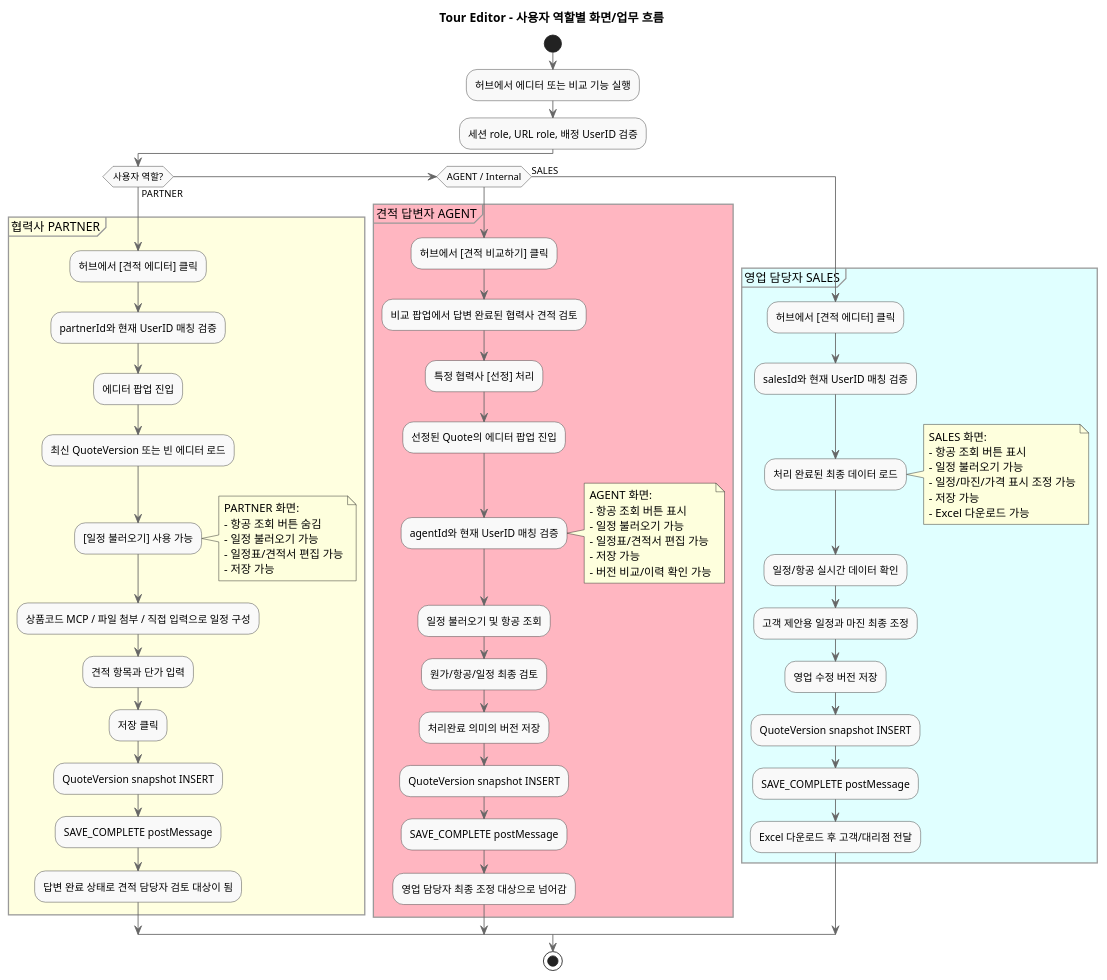
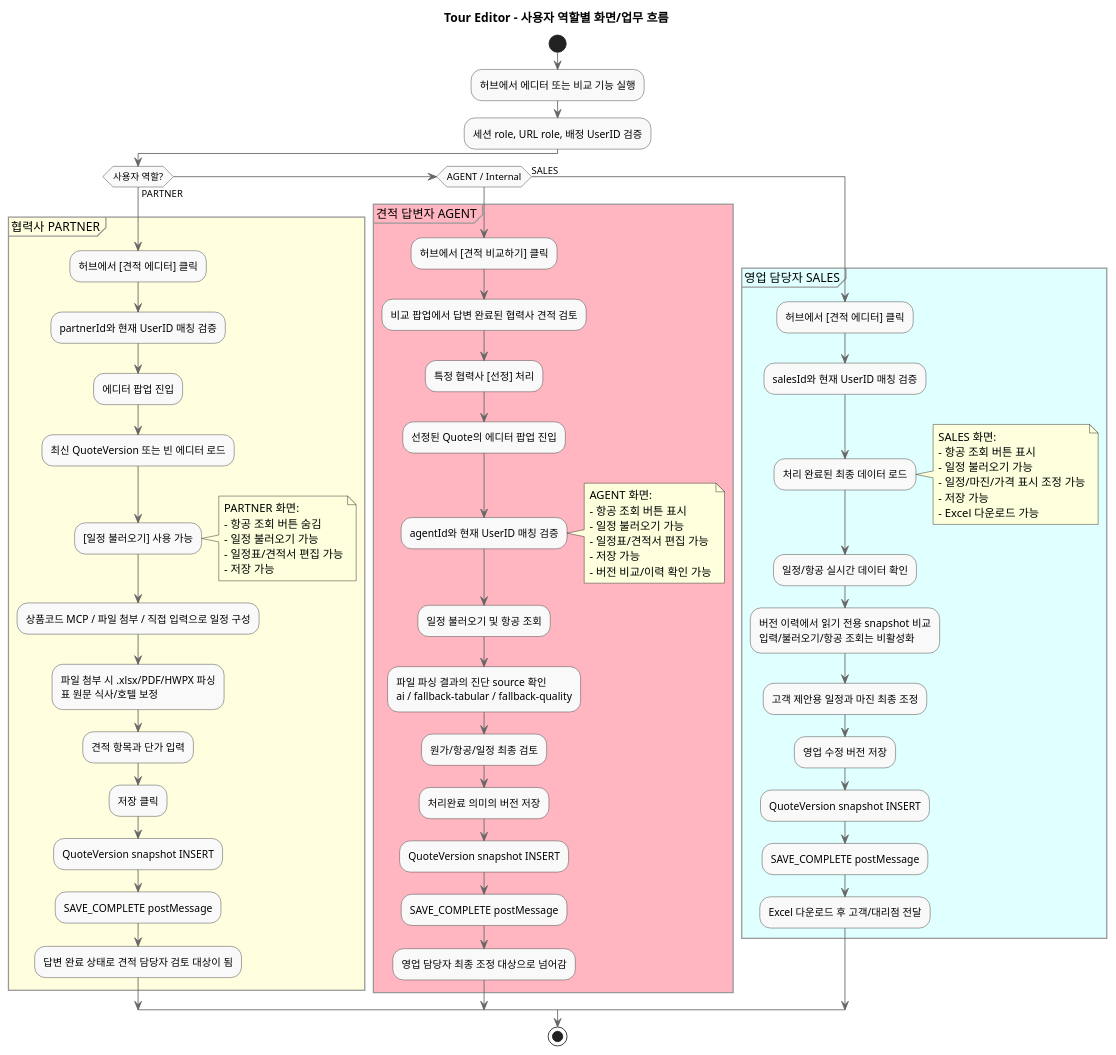
The diagram in docs/diagrams/role_flows.puml (yoonzzan/tour-editor), drawn with PlantUML before and after one commit. The commit also changed 6 other files, not shown here.

Commit message:
Update architecture diagrams

```diff
--- a/docs/diagrams/role_flows.puml
+++ b/docs/diagrams/role_flows.puml
@@ -1,81 +1,84 @@
 @startuml RoleFlows
 title Tour Editor - 사용자 역할별 화면/업무 흐름
 
 skinparam ActivityBackgroundColor #F9F9F9
 skinparam ActivityBorderColor #333333
 skinparam ArrowColor #666666
 skinparam PartitionBorderColor #999999
 
 start
 
 :허브에서 에디터 또는 비교 기능 실행;
 :세션 role, URL role, 배정 UserID 검증;
 
 if (사용자 역할?) then (PARTNER)
   partition "협력사 PARTNER" #LightYellow {
     :허브에서 [견적 에디터] 클릭;
     :partnerId와 현재 UserID 매칭 검증;
     :에디터 팝업 진입;
     :최신 QuoteVersion 또는 빈 에디터 로드;
     :[일정 불러오기] 사용 가능;
     note right
       PARTNER 화면:
       - 항공 조회 버튼 숨김
       - 일정 불러오기 가능
       - 일정표/견적서 편집 가능
       - 저장 가능
     end note
     :상품코드 MCP / 파일 첨부 / 직접 입력으로 일정 구성;
+    :파일 첨부 시 .xlsx/PDF/HWPX 파싱\n표 원문 식사/호텔 보정;
     :견적 항목과 단가 입력;
     :저장 클릭;
     :QuoteVersion snapshot INSERT;
     :SAVE_COMPLETE postMessage;
     :답변 완료 상태로 견적 담당자 검토 대상이 됨;
   }
 elseif (AGENT / Internal)
   partition "견적 답변자 AGENT" #LightPink {
     :허브에서 [견적 비교하기] 클릭;
     :비교 팝업에서 답변 완료된 협력사 견적 검토;
     :특정 협력사 [선정] 처리;
     :선정된 Quote의 에디터 팝업 진입;
     :agentId와 현재 UserID 매칭 검증;
     note right
       AGENT 화면:
       - 항공 조회 버튼 표시
       - 일정 불러오기 가능
       - 일정표/견적서 편집 가능
       - 저장 가능
       - 버전 비교/이력 확인 가능
     end note
     :일정 불러오기 및 항공 조회;
+    :파일 파싱 결과의 진단 source 확인\nai / fallback-tabular / fallback-quality;
     :원가/항공/일정 최종 검토;
     :처리완료 의미의 버전 저장;
     :QuoteVersion snapshot INSERT;
     :SAVE_COMPLETE postMessage;
     :영업 담당자 최종 조정 대상으로 넘어감;
   }
 else (SALES)
   partition "영업 담당자 SALES" #LightCyan {
     :허브에서 [견적 에디터] 클릭;
     :salesId와 현재 UserID 매칭 검증;
     :처리 완료된 최종 데이터 로드;
     note right
       SALES 화면:
       - 항공 조회 버튼 표시
       - 일정 불러오기 가능
       - 일정/마진/가격 표시 조정 가능
       - 저장 가능
       - Excel 다운로드 가능
     end note
     :일정/항공 실시간 데이터 확인;
+    :버전 이력에서 읽기 전용 snapshot 비교\n입력/불러오기/항공 조회는 비활성화;
     :고객 제안용 일정과 마진 최종 조정;
     :영업 수정 버전 저장;
     :QuoteVersion snapshot INSERT;
     :SAVE_COMPLETE postMessage;
     :Excel 다운로드 후 고객/대리점 전달;
   }
 endif
 
 stop
 
 @enduml
```
